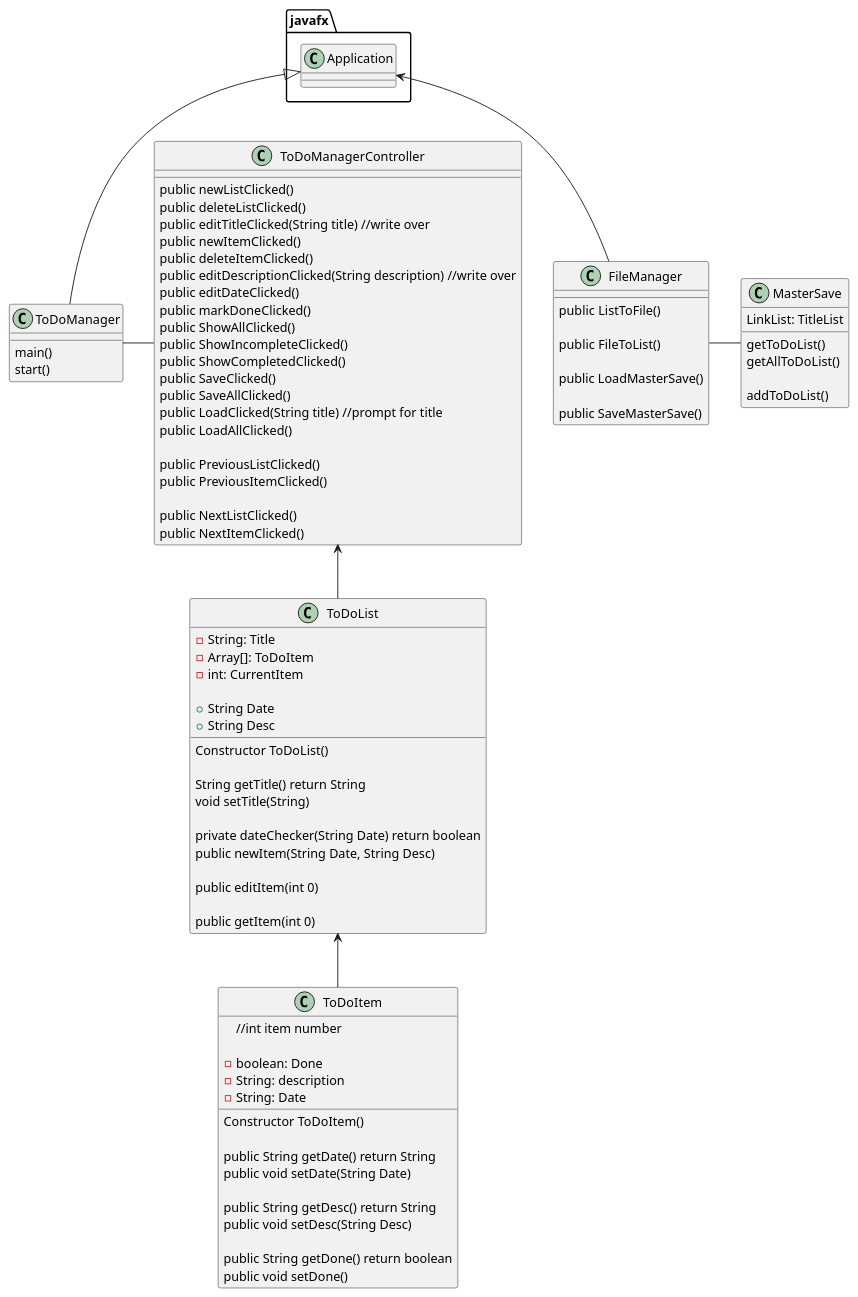
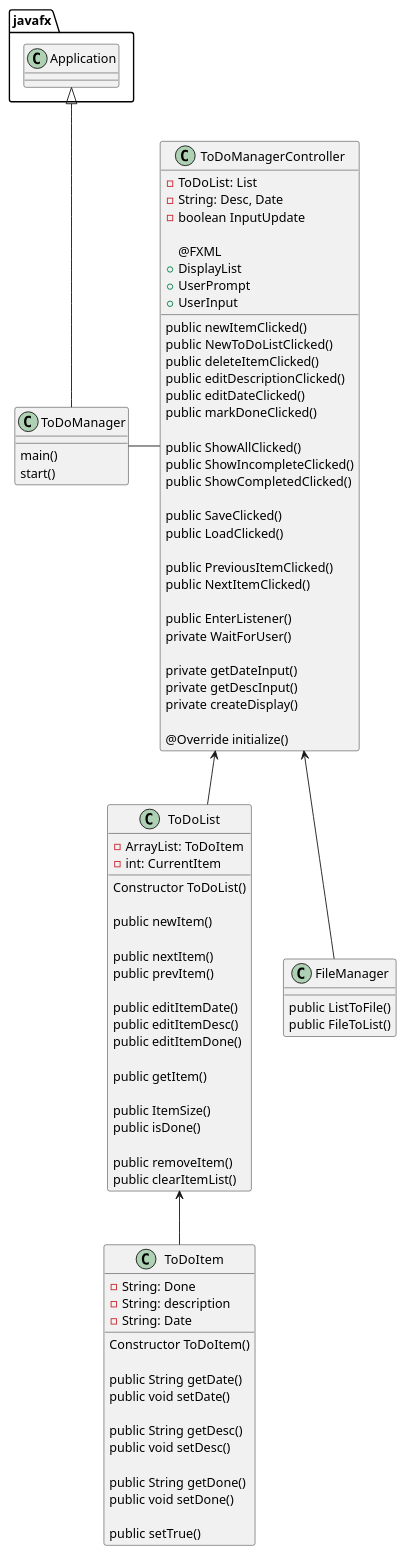
One commit to Chabs64/higgins-cop3330-assignment4part2 changed the diagram in UML/main.puml. Above: the diagram before and after it, drawn with PlantUML. The commit also changed 2 other files, not shown here.

```diff
--- a/UML/main.puml
+++ b/UML/main.puml
@@ -1,111 +1,108 @@
 @startuml
 'https://plantuml.com/sequence-diagram
 
 class ToDoManager
 {
     main()
     start()
 }
 
 javafx.Application <|-- ToDoManager
 
-class ToDoManagerController
-{
-    public newListClicked()
-    public deleteListClicked()
-    public editTitleClicked(String title) //write over
+class ToDoManagerController{
+
+    - ToDoList: List
+    - String: Desc, Date
+    - boolean InputUpdate
+
+    @FXML
+    + DisplayList
+    + UserPrompt
+    + UserInput
+
     public newItemClicked()
+    public NewToDoListClicked()
     public deleteItemClicked()
-    public editDescriptionClicked(String description) //write over
+    public editDescriptionClicked()
     public editDateClicked()
     public markDoneClicked()
+
     public ShowAllClicked()
     public ShowIncompleteClicked()
     public ShowCompletedClicked()
+
     public SaveClicked()
-    public SaveAllClicked()
-    public LoadClicked(String title) //prompt for title
-    public LoadAllClicked()
+    public LoadClicked()
 
-    public PreviousListClicked()
     public PreviousItemClicked()
-
-    public NextListClicked()
     public NextItemClicked()
 
+    public EnterListener()
+    private WaitForUser()
+
+    private getDateInput()
+    private getDescInput()
+    private createDisplay()
+
+    @Override initialize()
 }
 
 ToDoManager - ToDoManagerController
 ToDoManagerController <-- ToDoList
 
 class ToDoList
 {
-    - String: Title
-    - Array[]: ToDoItem
+    - ArrayList: ToDoItem
     - int: CurrentItem
-
-    + String Date
-    + String Desc
 
     Constructor ToDoList()
 
-    String getTitle() return String
-    void setTitle(String)
+    public newItem()
 
-    private dateChecker(String Date) return boolean
-    public newItem(String Date, String Desc)
+    public nextItem()
+    public prevItem()
 
-    public editItem(int 0)
+    public editItemDate()
+    public editItemDesc()
+    public editItemDone()
 
-    public getItem(int 0)
+    public getItem()
+
+    public ItemSize()
+    public isDone()
+
+    public removeItem()
+    public clearItemList()
 }
 
 class ToDoItem
 {
-    //int item number
 
-    - boolean: Done
+    - String: Done
     - String: description
     - String: Date
 
     Constructor ToDoItem()
 
-    public String getDate() return String
-    public void setDate(String Date)
+    public String getDate()
+    public void setDate()
 
-    public String getDesc() return String
-    public void setDesc(String Desc)
+    public String getDesc()
+    public void setDesc()
 
-    public String getDone() return boolean
+    public String getDone()
     public void setDone()
+
+    public setTrue()
 }
-
 ToDoList <-- ToDoItem
 
 class FileManager
 {
-
     public ListToFile()
-
     public FileToList()
-
-    public LoadMasterSave()
-
-    public SaveMasterSave()
-
 }
 
-class MasterSave
-{
-    LinkList: TitleList
-
-    getToDoList()
-    getAllToDoList()
-
-    addToDoList()
-}
-
-FileManager - MasterSave
-javafx.Application <-- FileManager
+ToDoManagerController <-- FileManager
 
 @enduml
```
